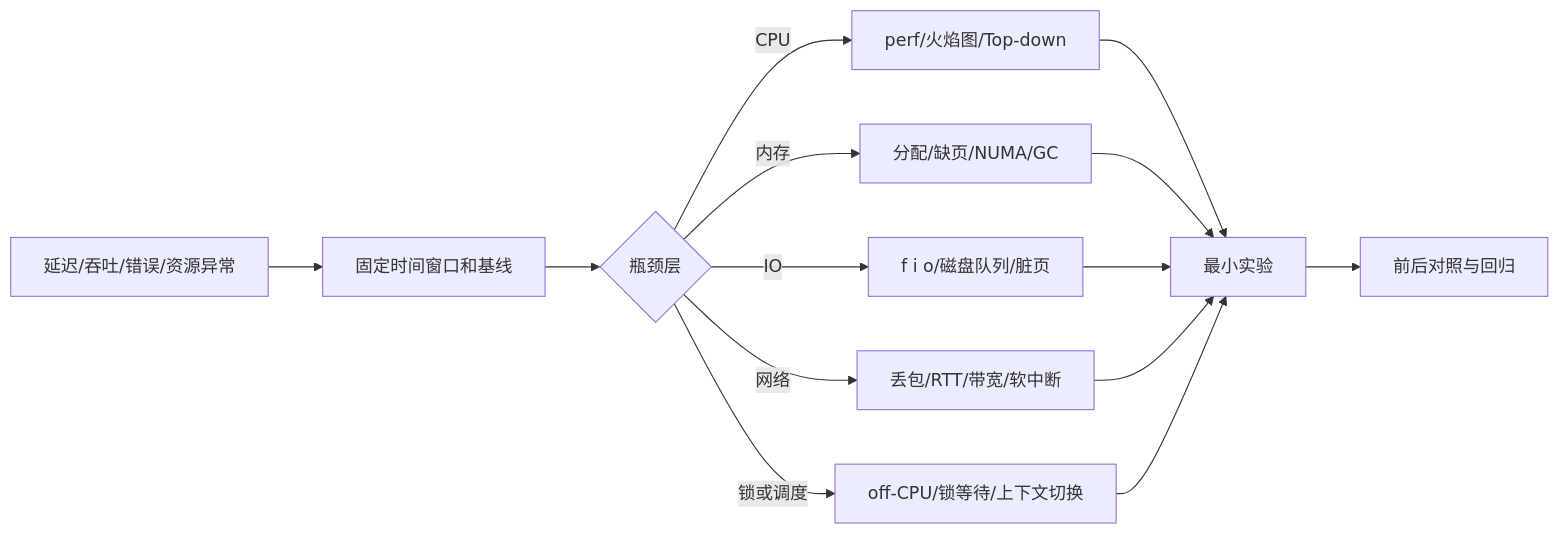
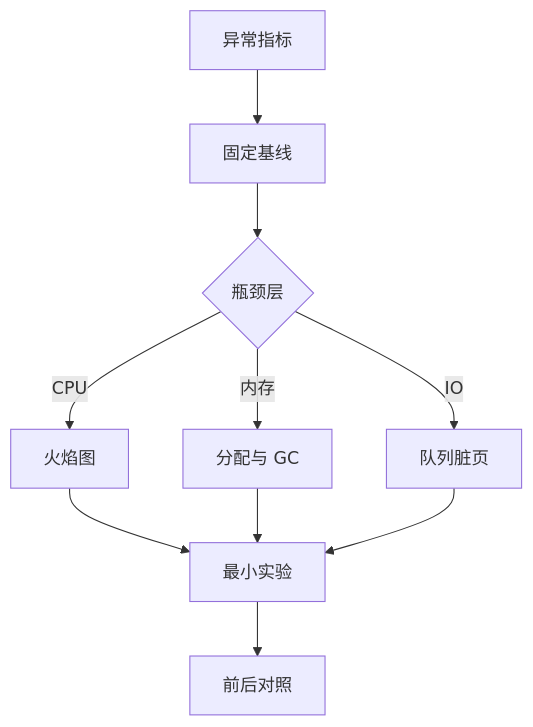
One commit to hub138/technical-knowledge changed the diagram in vault/工程知识/性能工程：从用户等待到资源瓶颈/性能工程：从用户等待到资源瓶颈.md. Above: the diagram before and after it, drawn with Mermaid. The commit also changed other lines of this file and 622 other files, not shown here.

````diff
--- a/vault/工程知识/性能工程：从用户等待到资源瓶颈/性能工程：从用户等待到资源瓶颈.md
+++ b/vault/工程知识/性能工程：从用户等待到资源瓶颈/性能工程：从用户等待到资源瓶颈.md
@@ -27,16 +31,12 @@
 ```mermaid
-flowchart LR
-    A[延迟/吞吐/错误/资源异常] --> B[固定时间窗口和基线]
-    B --> C{瓶颈层}
-    C -->|CPU| D[perf/火焰图/Top-down]
-    C -->|内存| E[分配/缺页/NUMA/GC]
-    C -->|IO| F[f i o/磁盘队列/脏页]
-    C -->|网络| G[丢包/RTT/带宽/软中断]
-    C -->|锁或调度| H[off-CPU/锁等待/上下文切换]
-    D --> I[最小实验]
+flowchart TD
+    A["异常指标"] --> B["固定基线"]
+    B --> C{"瓶颈层"}
+    C -->|"CPU"| D["火焰图"]
+    C -->|"内存"| E["分配与 GC"]
+    C -->|"IO"| F["队列脏页"]
+    D --> I["最小实验"]
     E --> I
     F --> I
-    G --> I
-    H --> I
-    I --> J[前后对照与回归]
+    I --> J["前后对照"]
 ```
````
